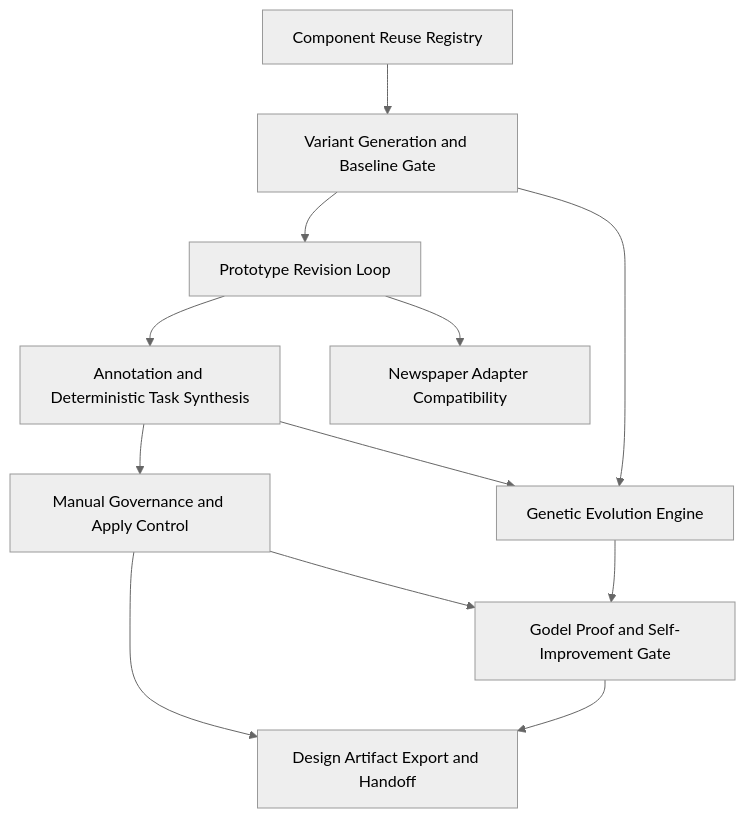
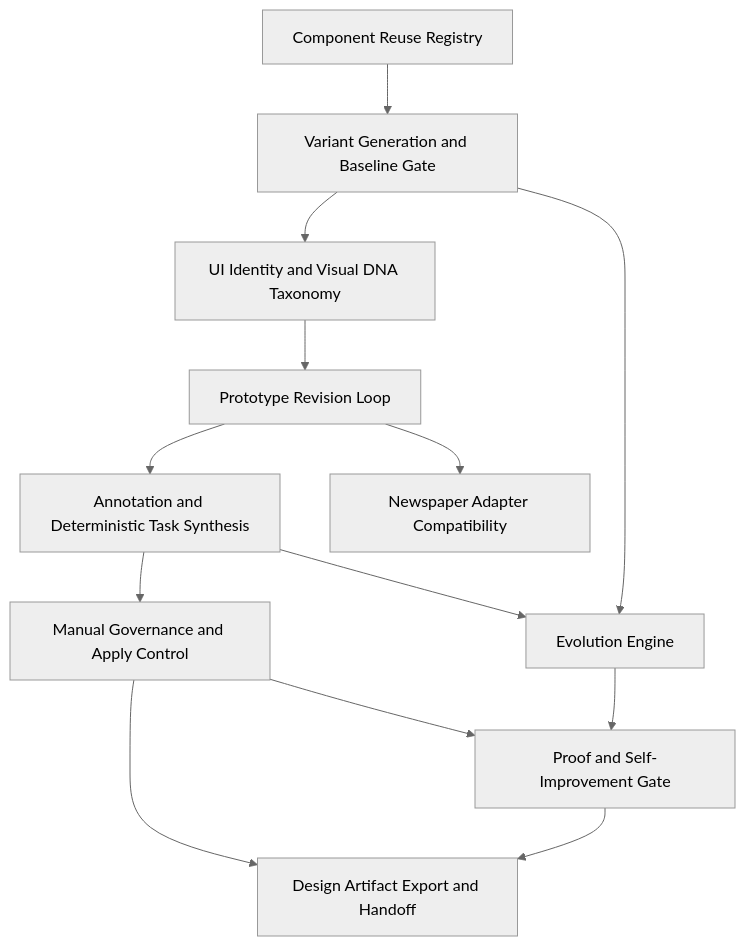
One commit to cyberAlchemyAI/domainspec changed the diagram in docs/features/ui-prototyping-studio/SPEC.md. Above: the diagram before and after it, drawn with Mermaid (neutral theme). The commit also changed other lines of this file and 22 other files, not shown here.

````diff
--- a/docs/features/ui-prototyping-studio/SPEC.md
+++ b/docs/features/ui-prototyping-studio/SPEC.md
@@ -42,14 +45,15 @@
 ```mermaid
 graph TD
     A[Component Reuse Registry] --> B[Variant Generation and Baseline Gate]
-    B --> C[Prototype Revision Loop]
+    B --> J[UI Identity and Visual DNA Taxonomy]
+    J --> C[Prototype Revision Loop]
     C --> D[Annotation and Deterministic Task Synthesis]
     D --> E[Manual Governance and Apply Control]
     E --> F[Design Artifact Export and Handoff]
     C --> G[Newspaper Adapter Compatibility]
-    B --> H[Genetic Evolution Engine]
+    B --> H[Evolution Engine]
     D --> H
-    E --> I[Godel Proof and Self-Improvement Gate]
+    E --> I[Proof and Self-Improvement Gate]
     H --> I
     I --> F
 ```
````
